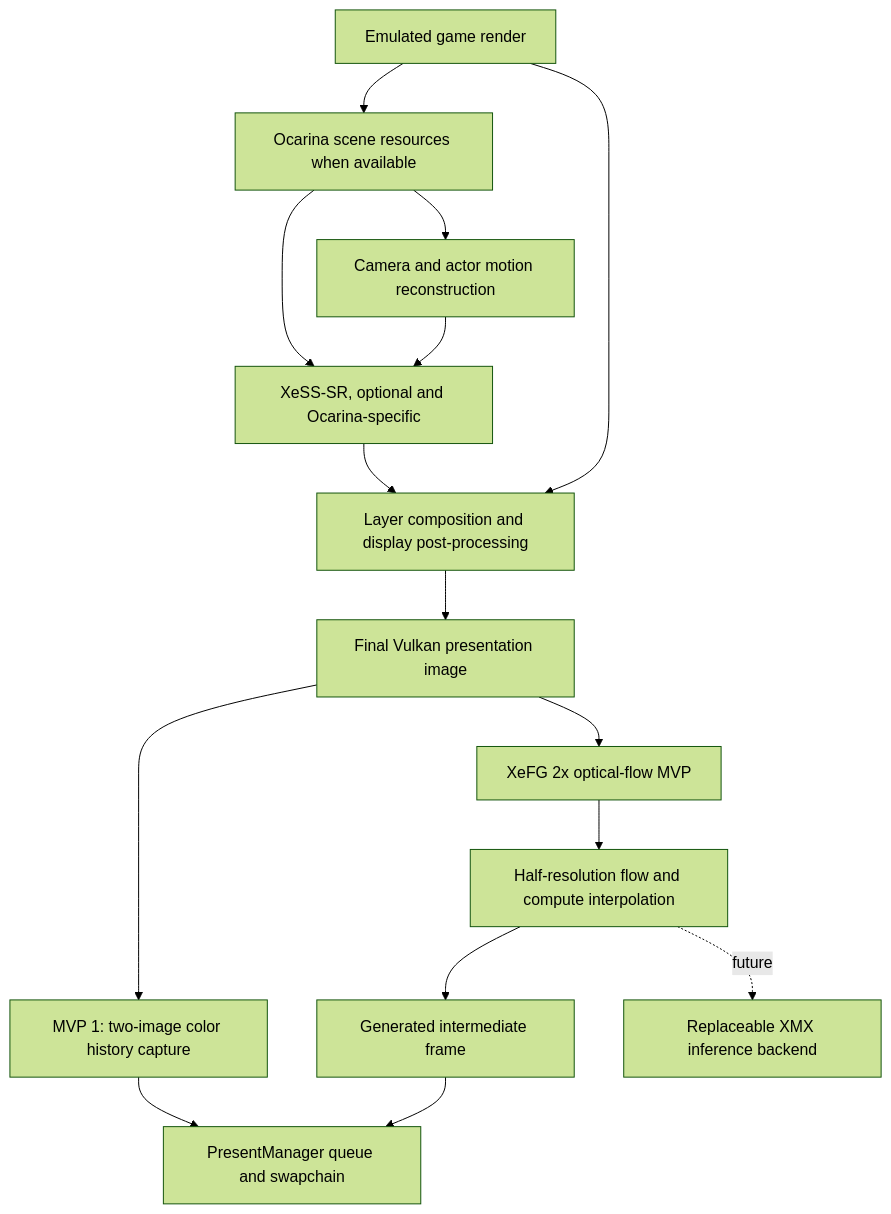
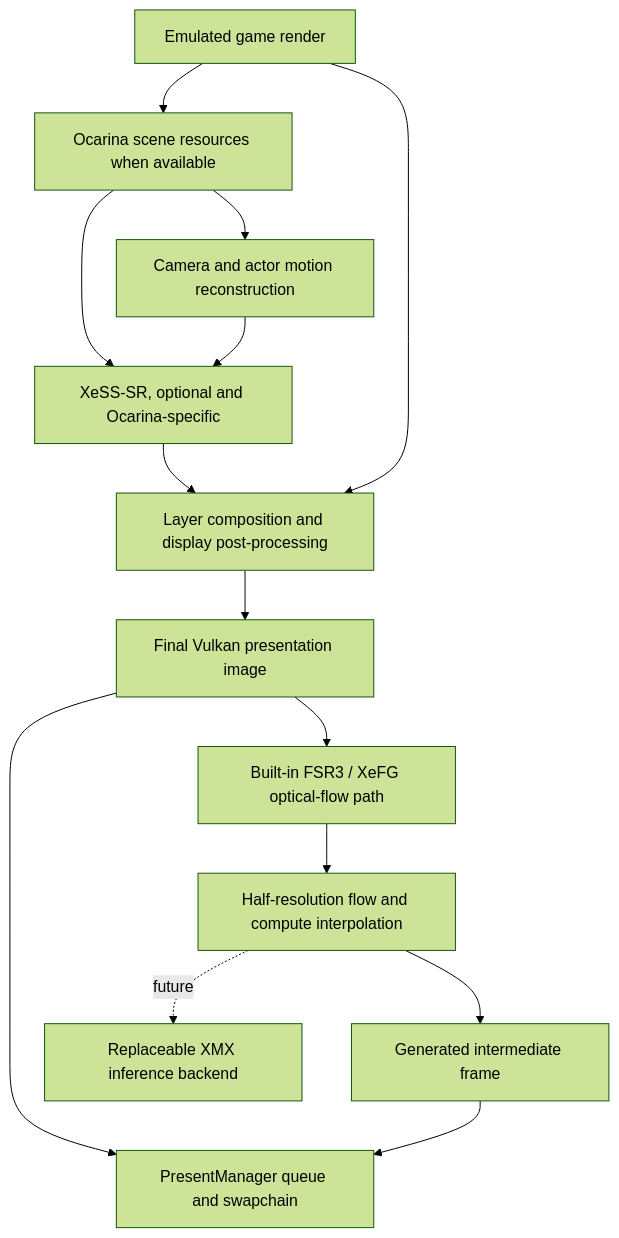
Before and after one commit to nahianabir/Lichii: the diagram in docs/XEFG_VK.md, drawn with Mermaid (forest theme). The commit also changed other lines of this file and 13 other files, not shown here.

````diff
--- a/docs/XEFG_VK.md
+++ b/docs/XEFG_VK.md
@@ -20,17 +20,16 @@
 ```mermaid
 flowchart TD
     A[Emulated game render] --> B[Ocarina scene resources when available]
     B --> C[Camera and actor motion reconstruction]
     B --> D[XeSS-SR, optional and Ocarina-specific]
     C --> D
     D --> E[Layer composition and display post-processing]
     A --> E
     E --> F[Final Vulkan presentation image]
-    F --> G[MVP 1: two-image color history capture]
-    G --> H[PresentManager queue and swapchain]
-    F --> I[XeFG 2x optical-flow MVP]
+    F --> I[Built-in FSR3 / XeFG optical-flow path]
     I --> J[Half-resolution flow and compute interpolation]
     J --> K[Generated intermediate frame]
+    F --> H[PresentManager queue and swapchain]
     K --> H
     J -. future .-> L[Replaceable XMX inference backend]
 ```
````
